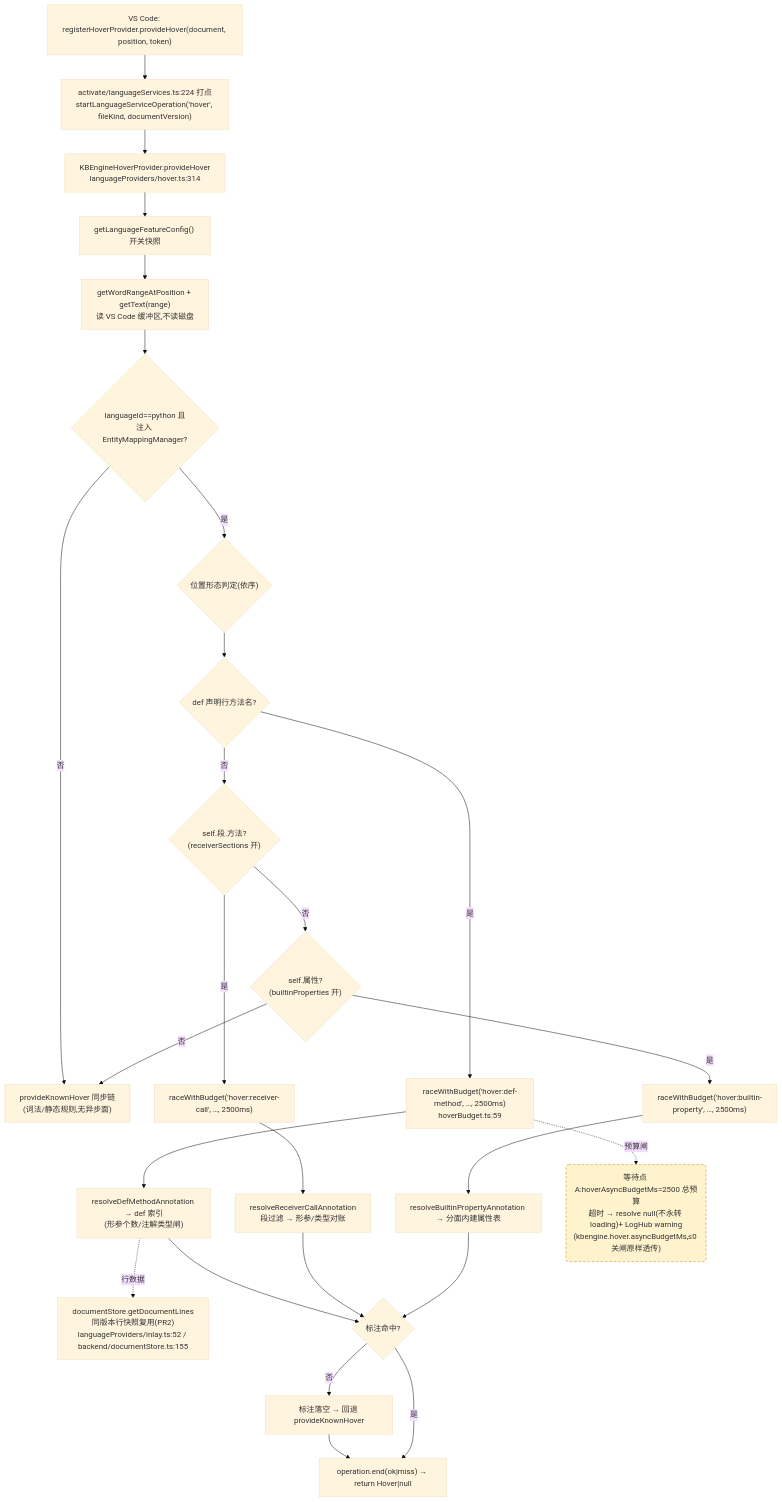
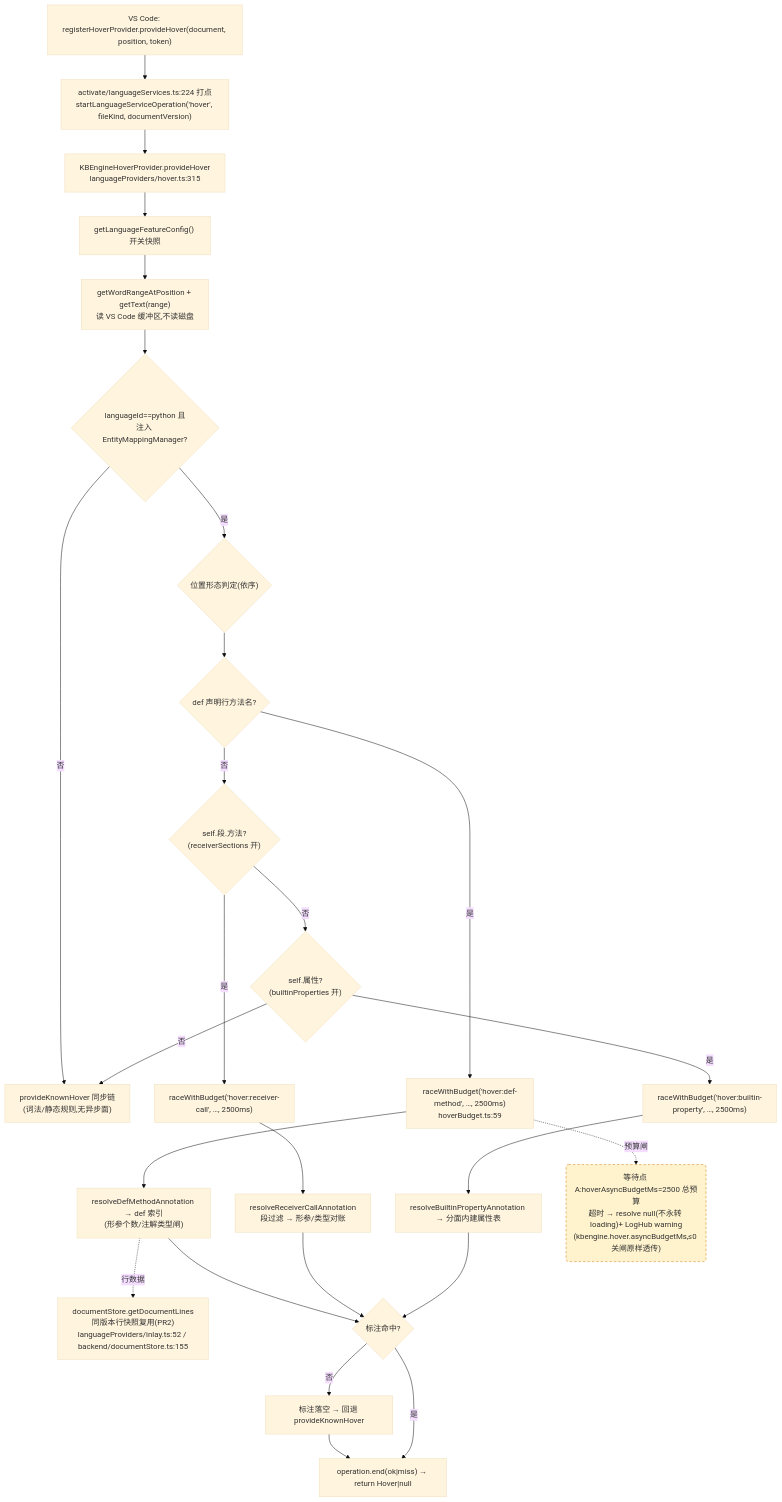
Before and after one commit to cuihairu/kode: the first of 4 diagrams in docs/perf/2026-baseline.md, drawn with Mermaid (base theme). The commit also changed 7 other files, not shown here.

````diff
--- a/docs/perf/2026-baseline.md
+++ b/docs/perf/2026-baseline.md
@@ -100,45 +100,45 @@
 ```mermaid
 flowchart TD
   VC1["VS Code: registerHoverProvider.provideHover(document, position, token)"]
   M1["activate/languageServices.ts:224 打点<br/>startLanguageServiceOperation('hover', fileKind, documentVersion)"]
-  HP["KBEngineHoverProvider.provideHover<br/>languageProviders/hover.ts:314"]
+  HP["KBEngineHoverProvider.provideHover<br/>languageProviders/hover.ts:315"]
   CFG["getLanguageFeatureConfig() 开关快照"]
   WORD["getWordRangeAtPosition + getText(range)<br/>读 VS Code 缓冲区,不读磁盘"]
   BR{"languageId==python 且<br/>注入 EntityMappingManager?"}
   KN["provideKnownHover 同步链<br/>(词法/静态规则,无异步面)"]
   POS{"位置形态判定(依序)"}
   D1{"def 声明行方法名?"}
   D2{"self.段.方法?<br/>(receiverSections 开)"}
   D3{"self.属性?<br/>(builtinProperties 开)"}
   RA1["raceWithBudget('hover:def-method', …, 2500ms)<br/>hoverBudget.ts:59"]
   RA2["raceWithBudget('hover:receiver-call', …, 2500ms)"]
   RA3["raceWithBudget('hover:builtin-property', …, 2500ms)"]
   RS1["resolveDefMethodAnnotation → def 索引<br/>(形参个数/注解类型闸)"]
   RS2["resolveReceiverCallAnnotation<br/>段过滤 → 形参/类型对账"]
   RS3["resolveBuiltinPropertyAnnotation → 分面内建属性表"]
   LINES["documentStore.getDocumentLines<br/>同版本行快照复用(PR2)<br/>languageProviders/inlay.ts:52 / backend/documentStore.ts:155"]
   MISS["标注落空 → 回退 provideKnownHover"]
   END1["operation.end(ok|miss) → return Hover|null"]
 
   VC1 --> M1 --> HP --> CFG --> WORD --> BR
   BR -- "否" --> KN
   BR -- "是" --> POS --> D1
   D1 -- "是" --> RA1 --> RS1
   D1 -- "否" --> D2
   D2 -- "是" --> RA2 --> RS2
   D2 -- "否" --> D3
   D3 -- "是" --> RA3 --> RS3
   D3 -- "否" --> KN
   RS1 --> HIT{"标注命中?"}
   RS2 --> HIT
   RS3 --> HIT
   RS1 -.->|行数据| LINES
   HIT -- "否" --> MISS --> END1
   HIT -- "是" --> END1
 
   WAITA("等待点 A:hoverAsyncBudgetMs=2500 总预算<br/>超时 → resolve null(不永转 loading)+ LogHub warning<br/>(kbengine.hover.asyncBudgetMs,≤0 关闸原样透传)")
   RA1 -.->|预算闸| WAITA
 
   classDef waitPoint fill:#fff3cd,stroke:#d97706,stroke-dasharray:5 4;
   class WAITA waitPoint;
 ```
````
